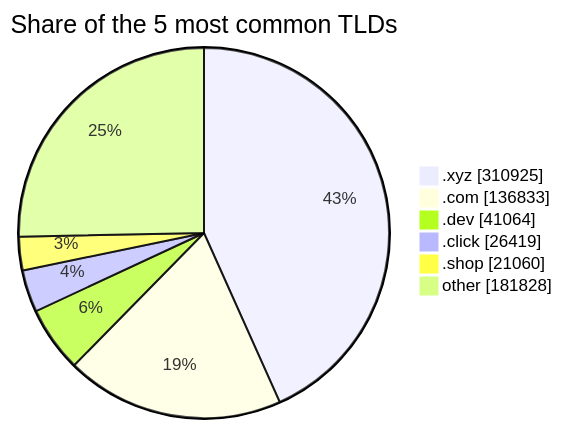
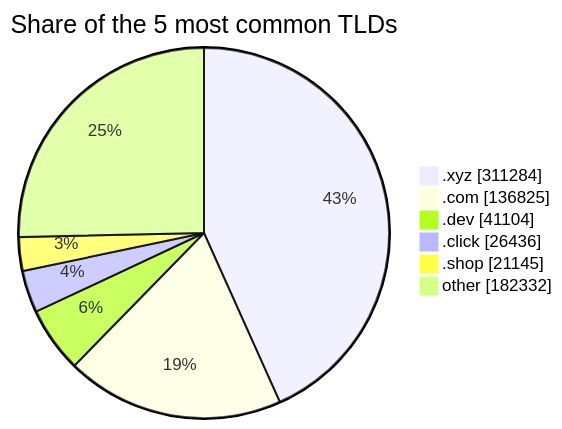
The third of 3 diagrams in README.md (DNSBunker/CTI), drawn with Mermaid before and after one commit. The commit also changed other lines of this file and 3 other files, not shown here.

````diff
--- a/README.md
+++ b/README.md
@@ -81,9 +81,9 @@
 ```mermaid
 pie showData title Share of the 5 most common TLDs
-    ".xyz" : 310925
-    ".com" : 136833
-    ".dev" : 41064
-    ".click" : 26419
-    ".shop" : 21060
-    "other" : 181828
+    ".xyz" : 311284
+    ".com" : 136825
+    ".dev" : 41104
+    ".click" : 26436
+    ".shop" : 21145
+    "other" : 182332
 ```
````
